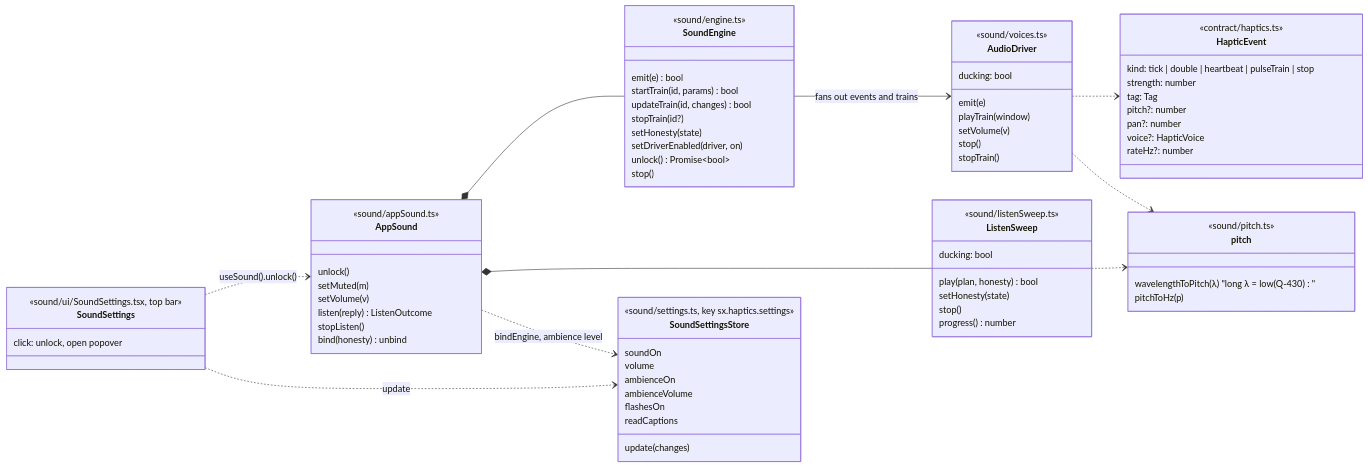
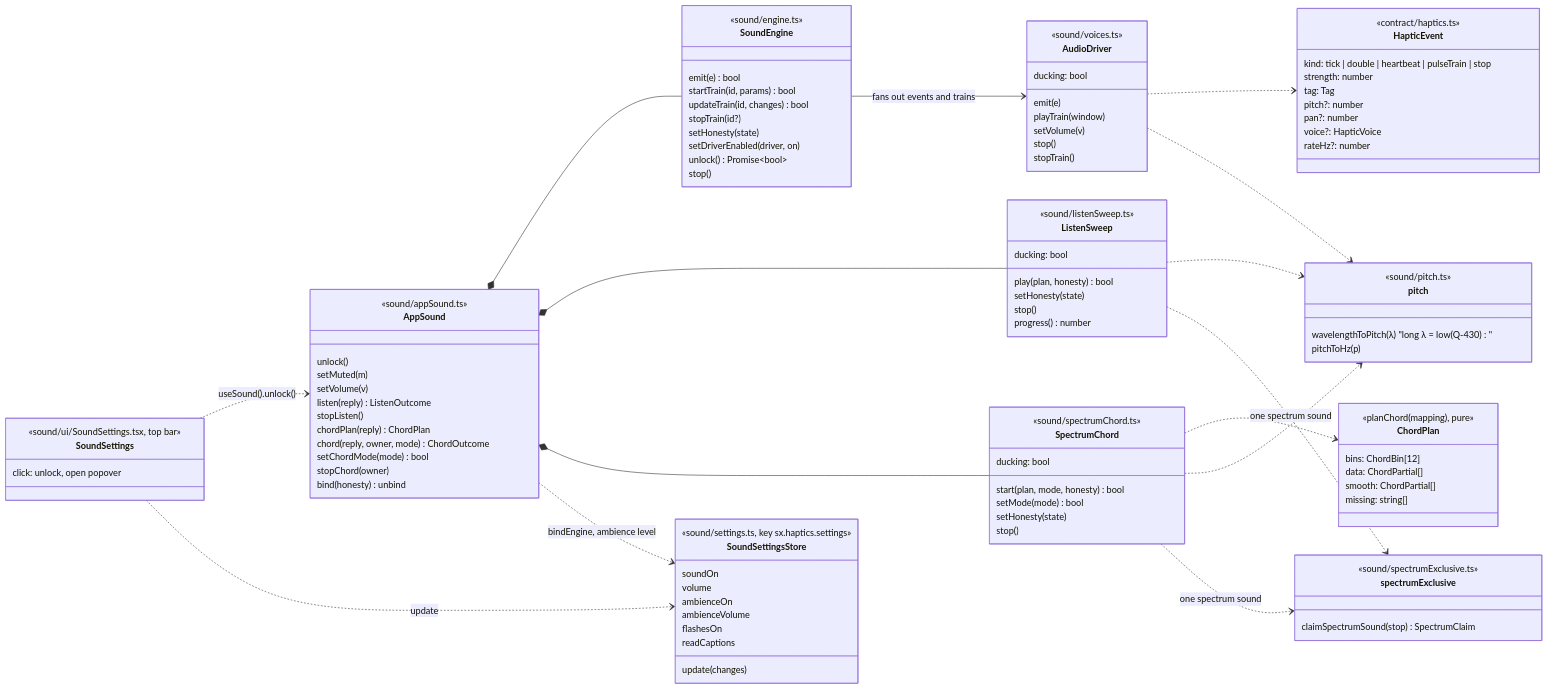
The first of 2 diagrams in docs/uml/06-class-haptics-audio.md (0ffrian/SphereX), drawn with Mermaid before and after one commit. The commit also changed 27 other files, not shown here.

```diff
--- a/docs/uml/06-class-haptics-audio.md
+++ b/docs/uml/06-class-haptics-audio.md
@@ -54,7 +54,30 @@
     setVolume(v)
     listen(reply) ListenOutcome
     stopListen()
+    chordPlan(reply) ChordPlan
+    chord(reply, owner, mode) ChordOutcome
+    setChordMode(mode) bool
+    stopChord(owner)
     bind(honesty) unbind
+  }
+  class SpectrumChord {
+    <<sound/spectrumChord.ts>>
+    start(plan, mode, honesty) bool
+    setMode(mode) bool
+    setHonesty(state)
+    stop()
+    ducking: bool
+  }
+  class ChordPlan {
+    <<planChord(mapping), pure>>
+    bins: ChordBin[12]
+    data: ChordPartial[]
+    smooth: ChordPartial[]
+    missing: string[]
+  }
+  class spectrumExclusive {
+    <<sound/spectrumExclusive.ts>>
+    claimSpectrumSound(stop) SpectrumClaim
   }
   class SoundSettingsStore {
     <<sound/settings.ts, key sx.haptics.settings>>
@@ -81,6 +104,11 @@
   ListenSweep ..> pitch
   AppSound *-- SoundEngine
   AppSound *-- ListenSweep
+  AppSound *-- SpectrumChord
+  SpectrumChord ..> ChordPlan
+  SpectrumChord ..> pitch
+  SpectrumChord ..> spectrumExclusive : one spectrum sound
+  ListenSweep ..> spectrumExclusive : one spectrum sound
   AppSound ..> SoundSettingsStore : bindEngine, ambience level
   SoundSettings ..> AppSound : useSound().unlock()
   SoundSettings ..> SoundSettingsStore : update
```
